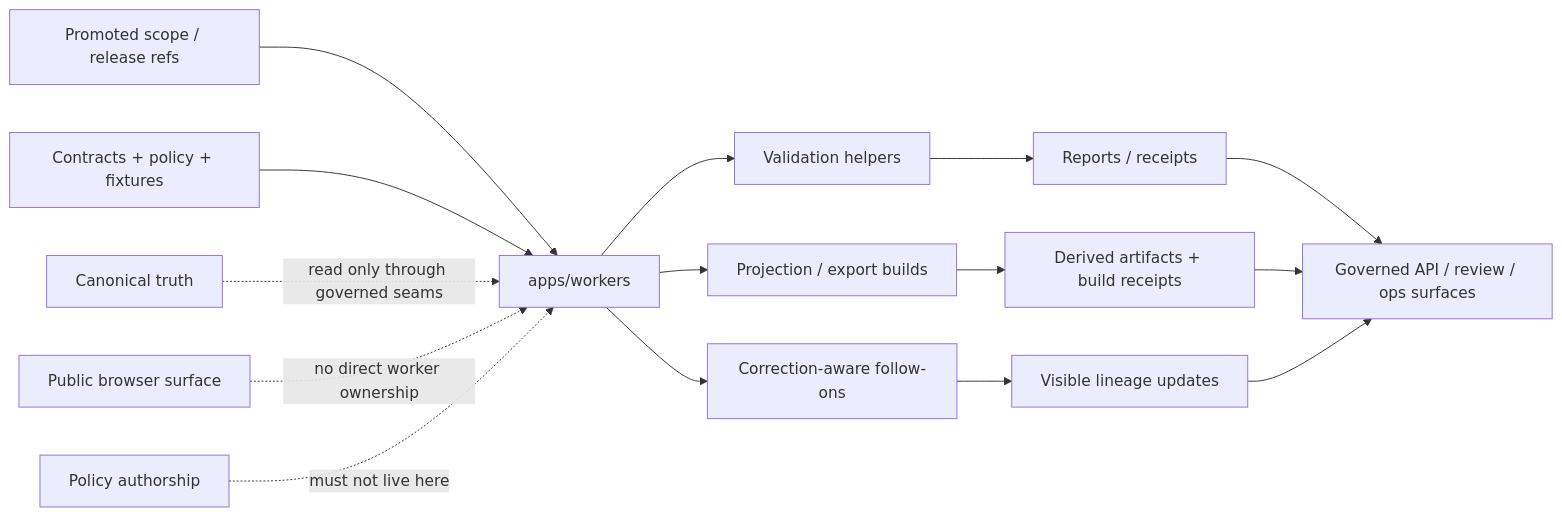
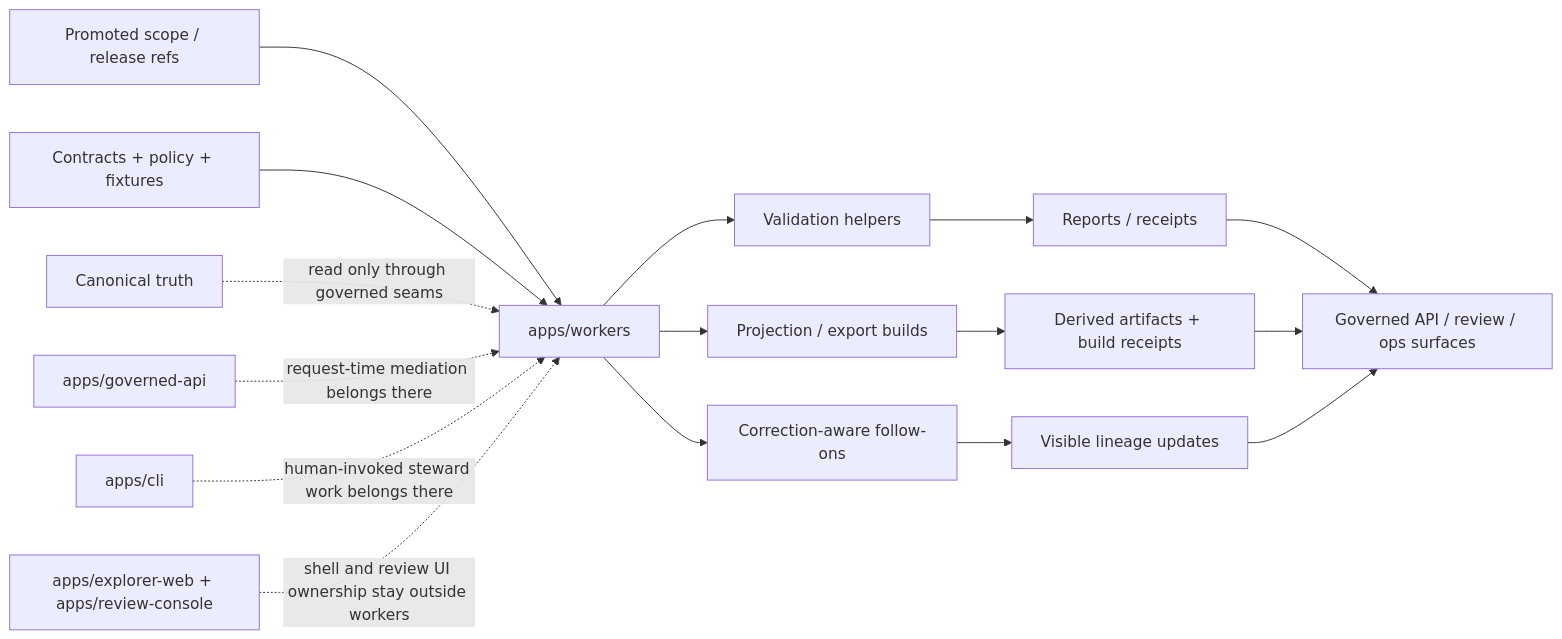
One commit to bartytime4life/Kansas-Frontier-Matrix changed the diagram in apps/workers/README.md. Above: the diagram before and after it, drawn with Mermaid. The commit also changed other lines of this file, not shown here.

First line of the commit message:
Revise README for workers with boundary clarifications

````diff
--- a/apps/workers/README.md
+++ b/apps/workers/README.md
@@ -218,18 +257,19 @@
 ```mermaid
 flowchart LR
     A[Promoted scope / release refs] --> B[apps/workers]
     C[Contracts + policy + fixtures] --> B
     B --> D[Validation helpers]
     B --> E[Projection / export builds]
     B --> F[Correction-aware follow-ons]
     D --> G[Reports / receipts]
     E --> H[Derived artifacts + build receipts]
     F --> I[Visible lineage updates]
     G --> J[Governed API / review / ops surfaces]
     H --> J
     I --> J
 
     K[Canonical truth] -. read only through governed seams .-> B
-    L[Public browser surface] -. no direct worker ownership .-> B
-    M[Policy authorship] -. must not live here .-> B
+    L[apps/governed-api] -. request-time mediation belongs there .-> B
+    M[apps/cli] -. human-invoked steward work belongs there .-> B
+    N[apps/explorer-web + apps/review-console] -. shell and review UI ownership stay outside workers .-> B
 ```
````
